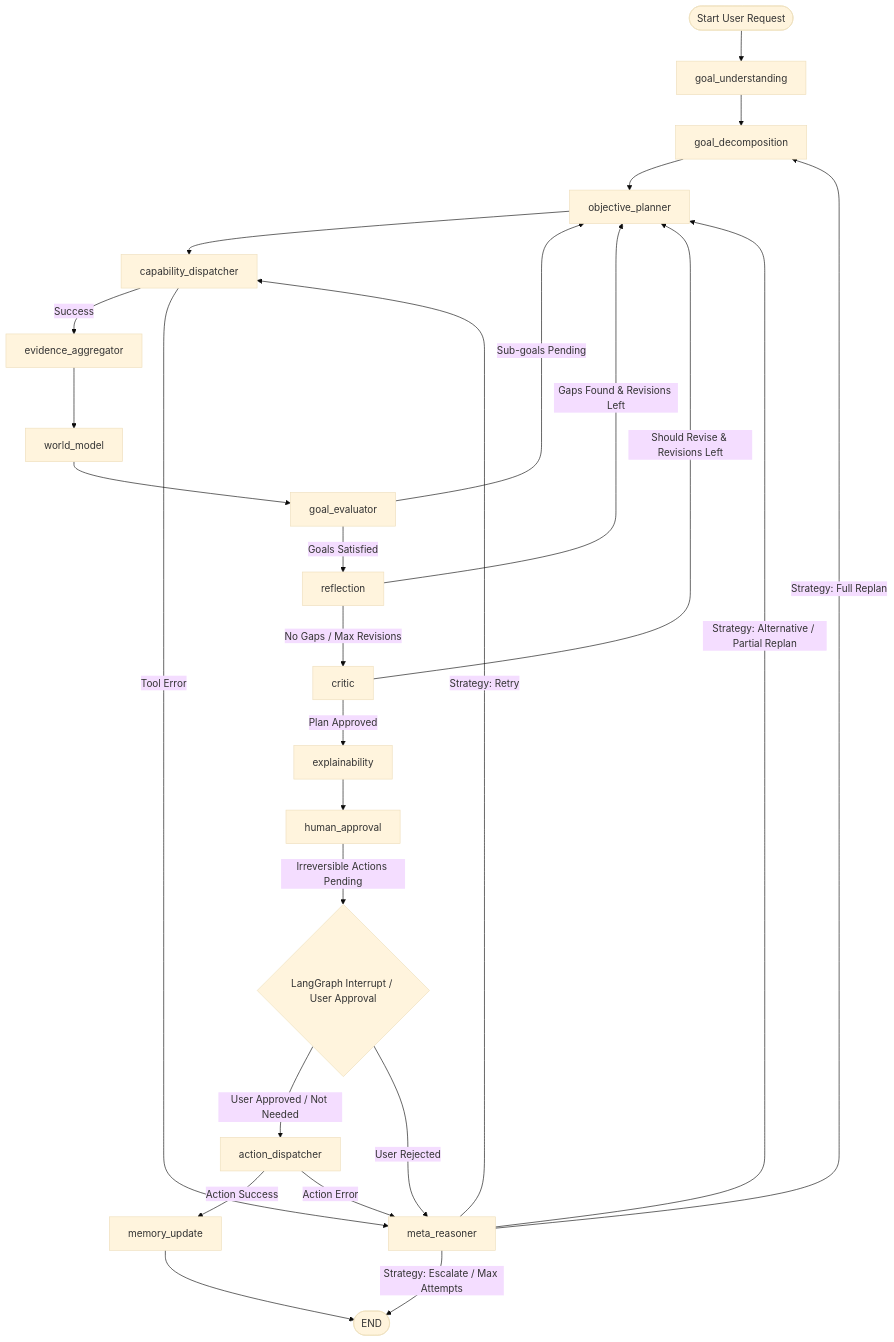
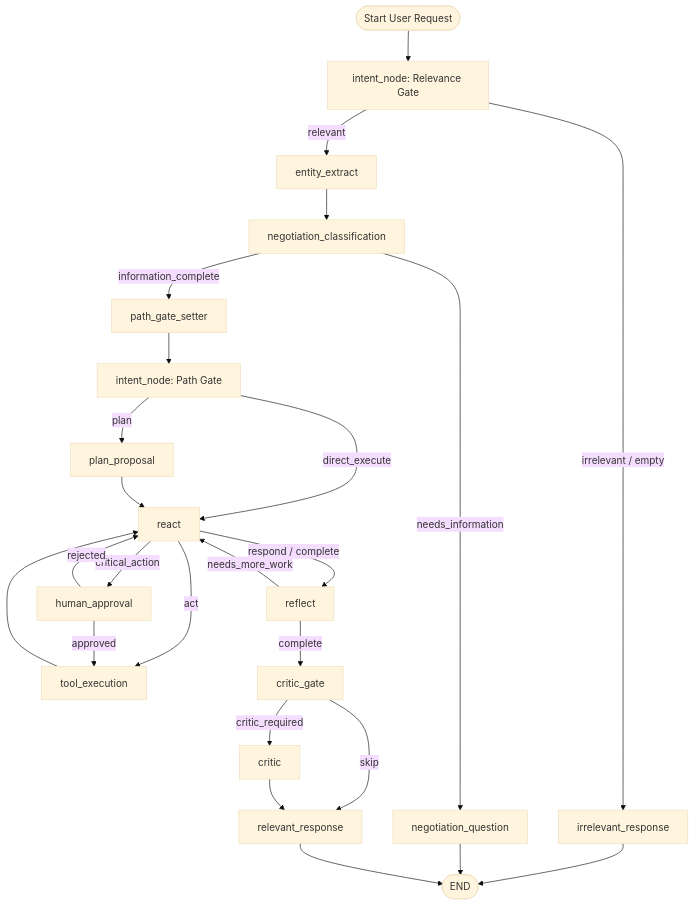
One commit to vatsal1021/Atlas_AI changed the diagram in README.md. Above: the diagram before and after it, drawn with Mermaid (base theme). The commit also changed other lines of this file and 60 other files, not shown here.

````diff
--- a/README.md
+++ b/README.md
@@ -46,44 +44,42 @@
 ```mermaid
 flowchart TD
-    START([Start User Request]) --> GU[goal_understanding]
-    GU --> GD[goal_decomposition]
-    GD --> OP[objective_planner]
+    START([Start User Request]) --> INT[intent_node: Relevance Gate]
     
-    %% Planning & Execution Loop
-    OP --> CD[capability_dispatcher]
-    CD -->|Success| EA[evidence_aggregator]
-    CD -->|Tool Error| MR[meta_reasoner]
+    %% Conversational path
+    INT -->|irrelevant / empty| IRR[irrelevant_response] --> END_NODE([END])
     
-    EA --> WM[world_model]
-    WM --> GE[goal_evaluator]
+    %% Relevant travel path
+    INT -->|relevant| EE[entity_extract]
+    EE --> NC[negotiation_classification]
     
-    %% Evaluator Router
-    GE -->|Sub-goals Pending| OP
-    GE -->|Goals Satisfied| REF[reflection]
+    %% Info incomplete path
+    NC -->|needs_information| NQ[negotiation_question] --> END_NODE
     
-    %% QA Layer
-    REF -->|Gaps Found & Revisions Left| OP
-    REF -->|No Gaps / Max Revisions| CRIT[critic]
+    %% Info complete path
+    NC -->|information_complete| PG[path_gate_setter]
+    PG --> INT2[intent_node: Path Gate]
     
-    CRIT -->|Should Revise & Revisions Left| OP
-    CRIT -->|Plan Approved| EXP[explainability]
+    INT2 -->|plan| PP[plan_proposal]
+    INT2 -->|direct_execute| REACT[react]
+    PP --> REACT
     
-    %% Approval Gate
-    EXP --> HA[human_approval]
+    %% ReAct Loop
+    REACT -->|act| TE[tool_execution]
+    TE --> REACT
     
-    HA -->|Irreversible Actions Pending| INT{LangGraph Interrupt / User Approval}
-    INT -->|User Approved / Not Needed| AD[action_dispatcher]
-    INT -->|User Rejected| MR
+    %% Human Approval Path
+    REACT -->|critical_action| HA[human_approval]
+    HA -->|approved| TE
+    HA -->|rejected| REACT
     
-    %% Action Dispatcher Router
-    AD -->|Action Success| MU[memory_update]
-    AD -->|Action Error| MR
+    %% Reflection & Critic Path
+    REACT -->|respond / complete| REF[reflect]
+    REF -->|needs_more_work| REACT
+    REF -->|complete| CG[critic_gate]
     
-    %% Meta Reasoner Recovery Router
-    MR -->|Strategy: Retry| CD
-    MR -->|Strategy: Alternative / Partial Replan| OP
-    MR -->|Strategy: Full Replan| GD
-    MR -->|Strategy: Escalate / Max Attempts| END_NODE([END])
+    CG -->|skip| RR[relevant_response]
+    CG -->|critic_required| CRIT[critic]
+    CRIT --> RR
     
-    MU --> END_NODE
+    RR --> END_NODE
 ```
````
